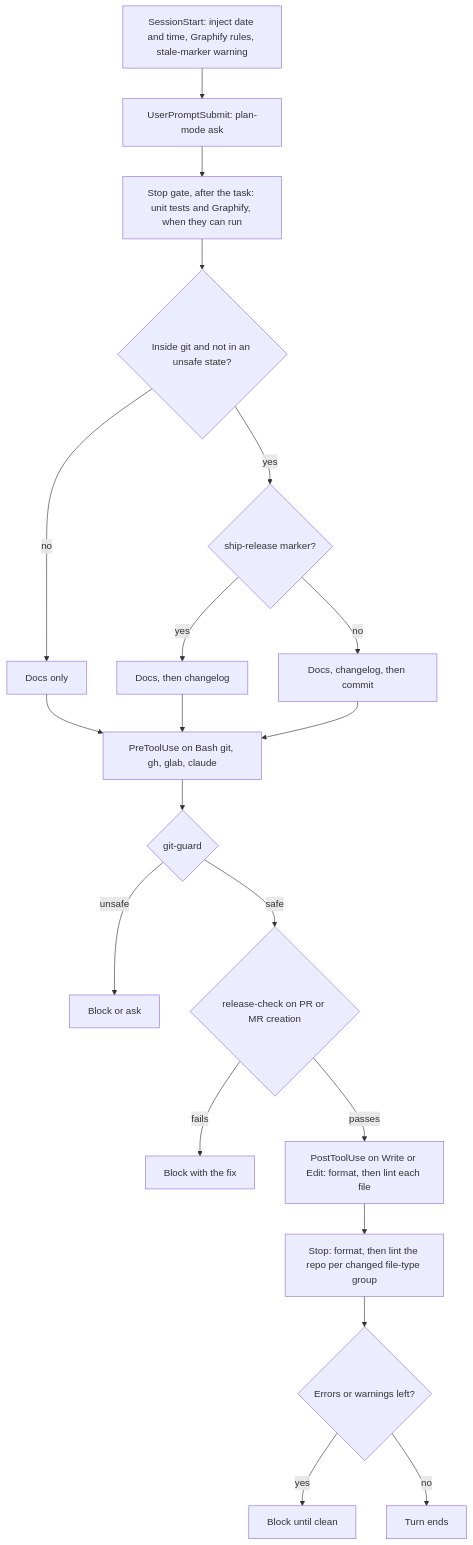
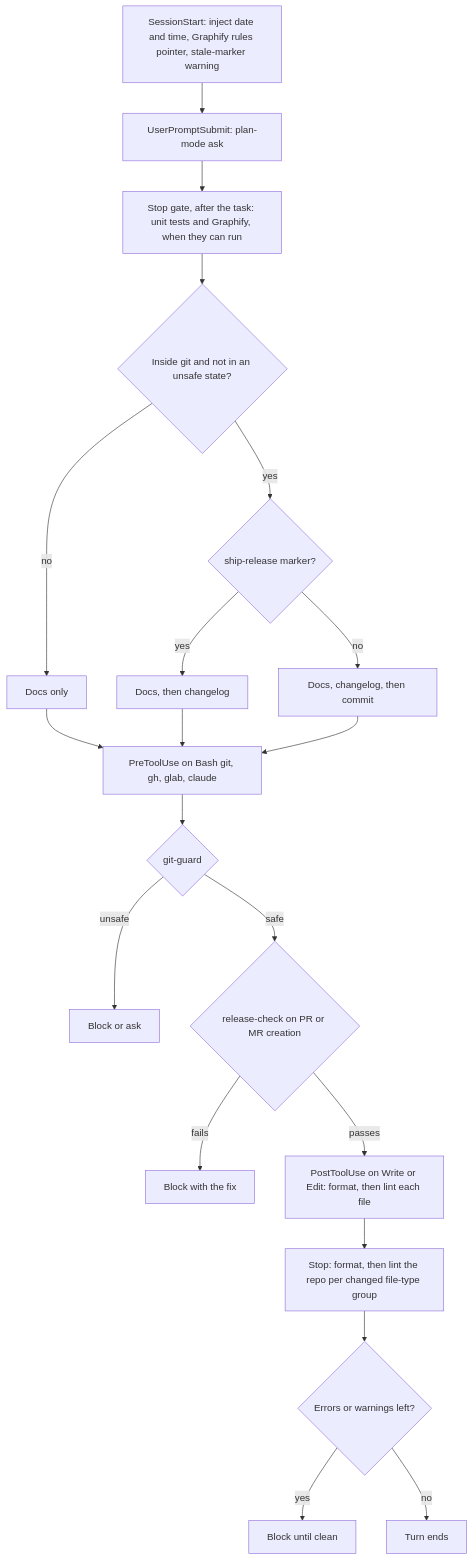
One commit to patrickquijano/claude-dev-kit changed the diagram in README.md. Above: the diagram before and after it, drawn with Mermaid. The commit also changed other lines of this file and 126 other files, not shown here.

````diff
--- a/README.md
+++ b/README.md
@@ -141,22 +147,22 @@
 ```mermaid
 flowchart TD
-    A["SessionStart: inject date and time, Graphify rules, stale-marker warning"] --> B["UserPromptSubmit: plan-mode ask"]
+    A["SessionStart: inject date and time, Graphify rules pointer, stale-marker warning"] --> B["UserPromptSubmit: plan-mode ask"]
     B --> E["Stop gate, after the task: unit tests and Graphify, when they can run"]
     E --> P{"Inside git and not in an unsafe state?"}
     P -- no --> Q["Docs only"]
     P -- yes --> S{"ship-release marker?"}
     S -- yes --> T["Docs, then changelog"]
     S -- no --> R["Docs, changelog, then commit"]
     Q --> F["PreToolUse on Bash git, gh, glab, claude"]
     T --> F
     R --> F
     F --> G{"git-guard"}
     G -- unsafe --> H["Block or ask"]
     G -- safe --> I{"release-check on PR or MR creation"}
     I -- fails --> J["Block with the fix"]
     I -- passes --> K["PostToolUse on Write or Edit: format, then lint each file"]
     K --> L["Stop: format, then lint the repo per changed file-type group"]
     L --> M{"Errors or warnings left?"}
     M -- yes --> N["Block until clean"]
     M -- no --> O["Turn ends"]
 ```
````
